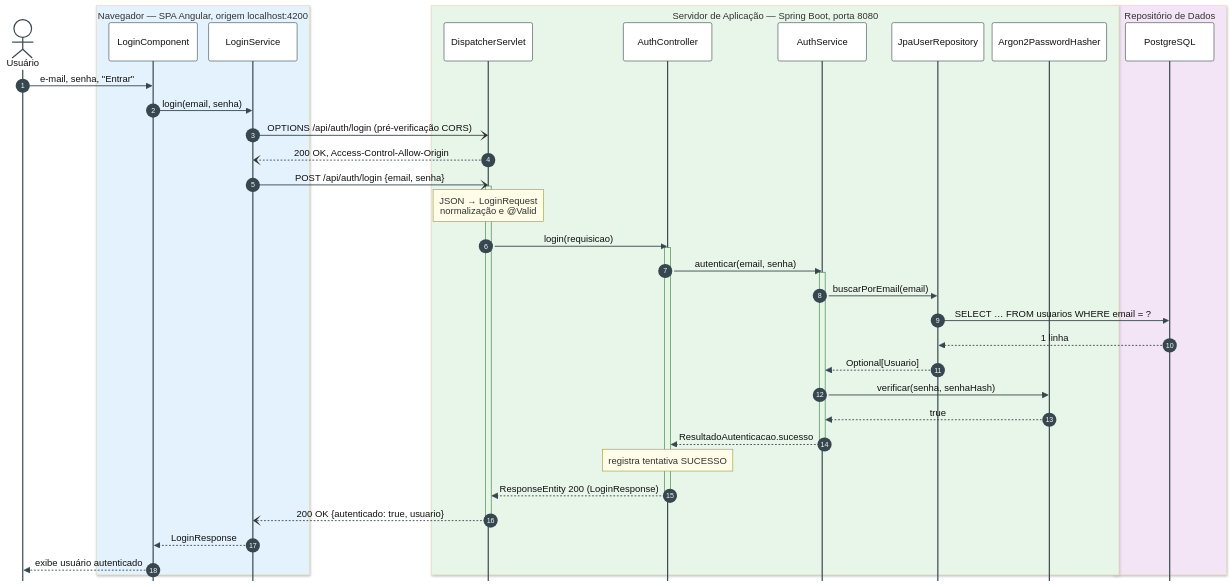
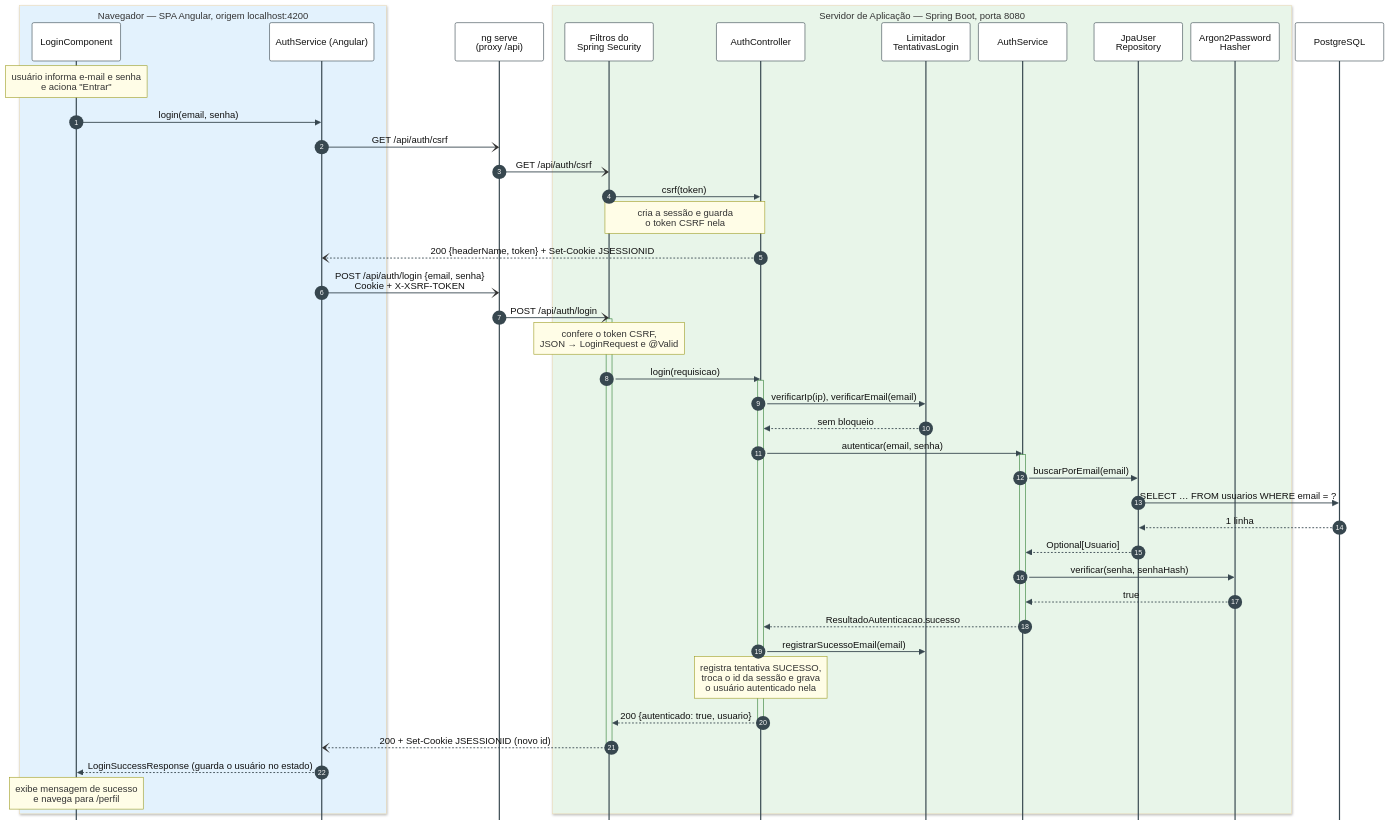
The diagram in docs/diagramas/fig-2.5-sequencia-sucesso.mmd (claudioferreira23/software-autenticacao-web), drawn with Mermaid before and after one commit. The commit also changed 5 other files, not shown here.

First line of the commit message:
docs: atualiza diagramas para cadastro, sessão, CSRF e limite de tentativas

```diff
--- a/docs/diagramas/fig-2.5-sequencia-sucesso.mmd
+++ b/docs/diagramas/fig-2.5-sequencia-sucesso.mmd
@@ -1,45 +1,51 @@
 %%{init: {"theme":"base","themeVariables":{"fontFamily":"DejaVu Sans, Arial, sans-serif","fontSize":"15px","actorBkg":"#FFFFFF","actorBorder":"#37474F","actorTextColor":"#111111","signalColor":"#37474F","signalTextColor":"#111111","noteBkgColor":"#FFFDE7","noteBorderColor":"#9E9D24","activationBkgColor":"#E8F5E9","activationBorderColor":"#2E7D32","labelBoxBkgColor":"#ECEFF1","labelBoxBorderColor":"#37474F","loopTextColor":"#111111"},"sequence":{"mirrorActors":false,"showSequenceNumbers":true,"actorMargin":14,"messageMargin":24,"boxMargin":8}}}%%
 sequenceDiagram
     autonumber
-    actor U as Usuário
     box rgb(227,242,253) Navegador — SPA Angular, origem localhost:4200
         participant LC as LoginComponent
-        participant LS as LoginService
+        participant FA as AuthService (Angular)
     end
+    participant PX as ng serve<br/>(proxy /api)
     box rgb(232,245,233) Servidor de Aplicação — Spring Boot, porta 8080
-        participant DS as DispatcherServlet
+        participant SF as Filtros do<br/>Spring Security
         participant CT as AuthController
+        participant LM as Limitador<br/>TentativasLogin
         participant SV as AuthService
-        participant RP as JpaUserRepository
-        participant PH as Argon2PasswordHasher
+        participant RP as JpaUser<br/>Repository
+        participant PH as Argon2Password<br/>Hasher
     end
-    box rgb(243,229,245) Repositório de Dados
-        participant DB as PostgreSQL
-    end
+    participant DB as PostgreSQL
 
-    U->>LC: e-mail, senha, "Entrar"
-    LC->>LS: login(email, senha)
-    LS-)DS: OPTIONS /api/auth/login (pré-verificação CORS)
-    DS--)LS: 200 OK, Access-Control-Allow-Origin
-    LS-)DS: POST /api/auth/login {email, senha}
-    activate DS
-    Note over DS: JSON → LoginRequest<br/>normalização e @Valid
-    DS->>CT: login(requisicao)
+    Note over LC: usuário informa e-mail e senha<br/>e aciona "Entrar"
+    LC->>FA: login(email, senha)
+    FA-)PX: GET /api/auth/csrf
+    PX-)SF: GET /api/auth/csrf
+    SF->>CT: csrf(token)
+    Note over SF,CT: cria a sessão e guarda<br/>o token CSRF nela
+    CT--)FA: 200 {headerName, token} + Set-Cookie JSESSIONID
+    FA-)PX: POST /api/auth/login {email, senha}<br/>Cookie + X-XSRF-TOKEN
+    PX-)SF: POST /api/auth/login
+    activate SF
+    Note over SF: confere o token CSRF,<br/>JSON → LoginRequest e @Valid
+    SF->>CT: login(requisicao)
     activate CT
+    CT->>LM: verificarIp(ip), verificarEmail(email)
+    LM-->>CT: sem bloqueio
     CT->>SV: autenticar(email, senha)
     activate SV
     SV->>RP: buscarPorEmail(email)
     RP->>DB: SELECT … FROM usuarios WHERE email = ?
     DB-->>RP: 1 linha
     RP-->>SV: Optional[Usuario]
     SV->>PH: verificar(senha, senhaHash)
     PH-->>SV: true
     SV-->>CT: ResultadoAutenticacao.sucesso
     deactivate SV
-    Note over CT: registra tentativa SUCESSO
-    CT-->>DS: ResponseEntity 200 (LoginResponse)
+    CT->>LM: registrarSucessoEmail(email)
+    Note over CT: registra tentativa SUCESSO,<br/>troca o id da sessão e grava<br/>o usuário autenticado nela
+    CT-->>SF: 200 {autenticado: true, usuario}
     deactivate CT
-    DS--)LS: 200 OK {autenticado: true, usuario}
-    deactivate DS
-    LS-->>LC: LoginResponse
-    LC-->>U: exibe usuário autenticado
+    SF--)FA: 200 + Set-Cookie JSESSIONID (novo id)
+    deactivate SF
+    FA-->>LC: LoginSuccessResponse (guarda o usuário no estado)
+    Note over LC: exibe mensagem de sucesso<br/>e navega para /perfil
```
